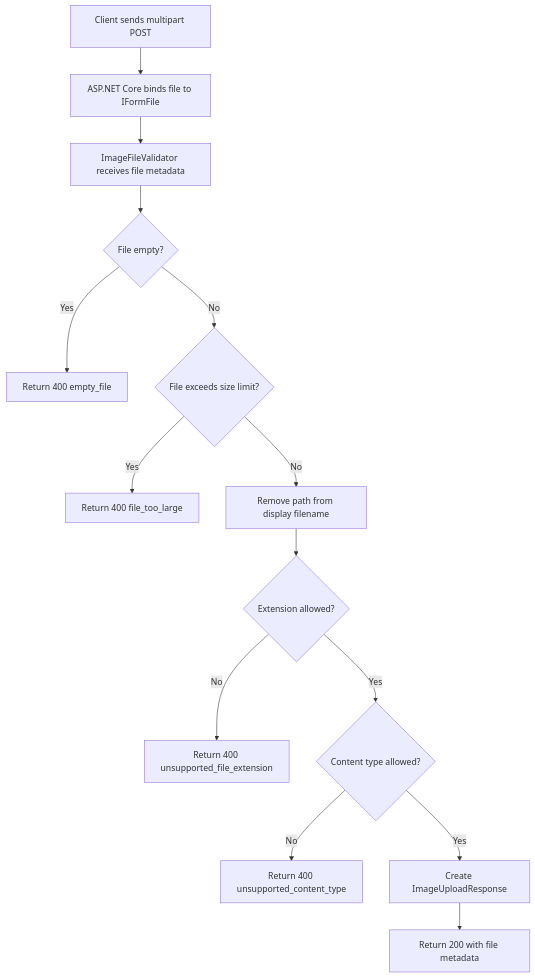
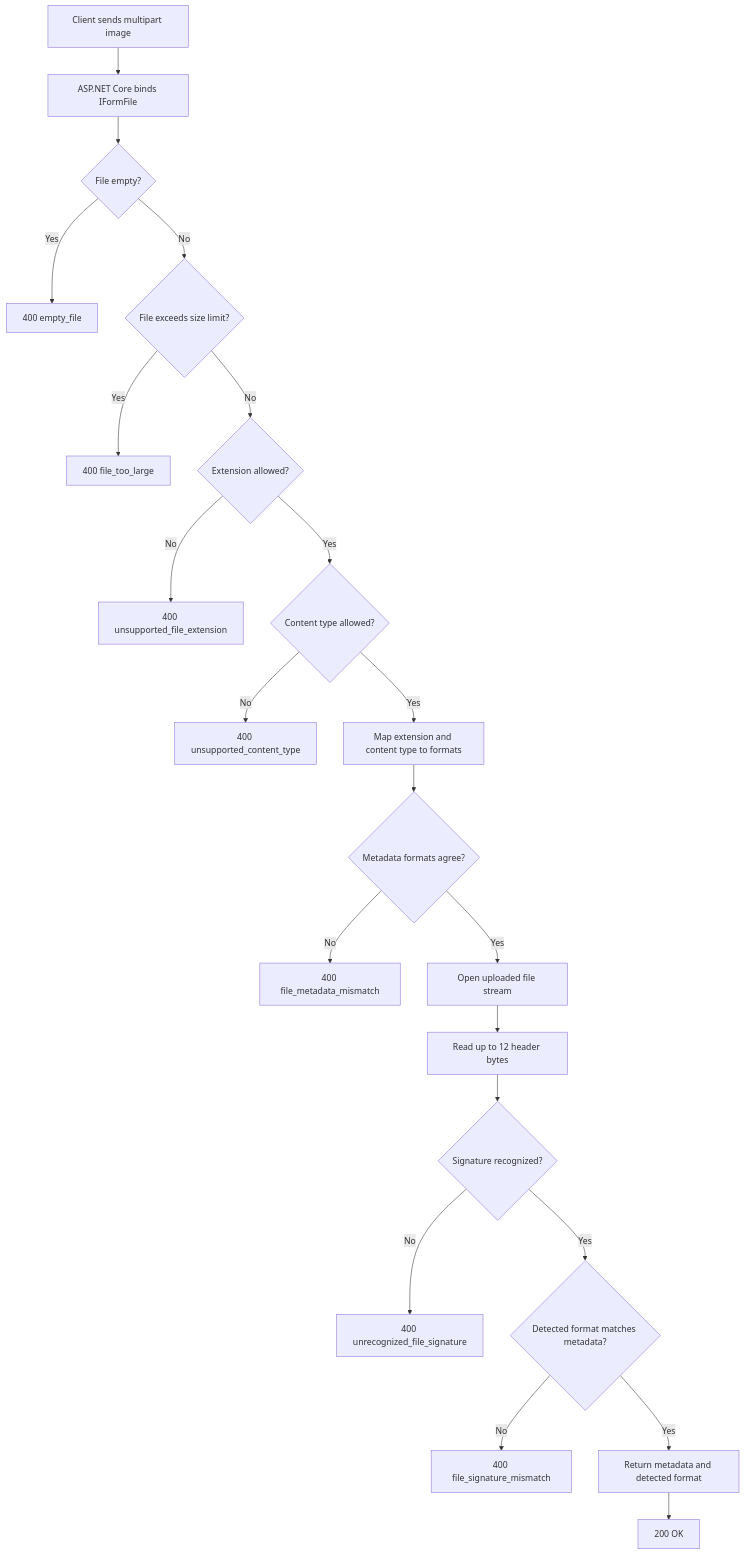
The diagram in CodeOcr.Api/Documentation/Diagrams/image-upload-flow.mmd (Prztyk/Project19), drawn with Mermaid before and after one commit. The commit also changed 15 other files, not shown here.

Commit message:
feature: verify uploaded image file signatures

```diff
--- a/CodeOcr.Api/Documentation/Diagrams/image-upload-flow.mmd
+++ b/CodeOcr.Api/Documentation/Diagrams/image-upload-flow.mmd
@@ -1,14 +1,30 @@
 flowchart TD
-    A[Client sends multipart POST] --> B[ASP.NET Core binds file to IFormFile]
-    B --> C[ImageFileValidator receives file metadata]
-    C --> D{File empty?}
-    D -- Yes --> E[Return 400 empty_file]
-    D -- No --> F{File exceeds size limit?}
-    F -- Yes --> G[Return 400 file_too_large]
-    F -- No --> H[Remove path from display filename]
-    H --> I{Extension allowed?}
-    I -- No --> J[Return 400 unsupported_file_extension]
-    I -- Yes --> K{Content type allowed?}
-    K -- No --> L[Return 400 unsupported_content_type]
-    K -- Yes --> M[Create ImageUploadResponse]
-    M --> N[Return 200 with file metadata]
+    A[Client sends multipart image] --> B[ASP.NET Core binds IFormFile]
+    B --> C{File empty?}
+
+    C -- Yes --> C1[400 empty_file]
+    C -- No --> D{File exceeds size limit?}
+
+    D -- Yes --> D1[400 file_too_large]
+    D -- No --> E{Extension allowed?}
+
+    E -- No --> E1[400 unsupported_file_extension]
+    E -- Yes --> F{Content type allowed?}
+
+    F -- No --> F1[400 unsupported_content_type]
+    F -- Yes --> G[Map extension and content type to formats]
+
+    G --> H{Metadata formats agree?}
+    H -- No --> H1[400 file_metadata_mismatch]
+    H -- Yes --> I[Open uploaded file stream]
+
+    I --> J[Read up to 12 header bytes]
+    J --> K{Signature recognized?}
+
+    K -- No --> K1[400 unrecognized_file_signature]
+    K -- Yes --> L{Detected format matches metadata?}
+
+    L -- No --> L1[400 file_signature_mismatch]
+    L -- Yes --> M[Return metadata and detected format]
+
+    M --> N[200 OK]
```
